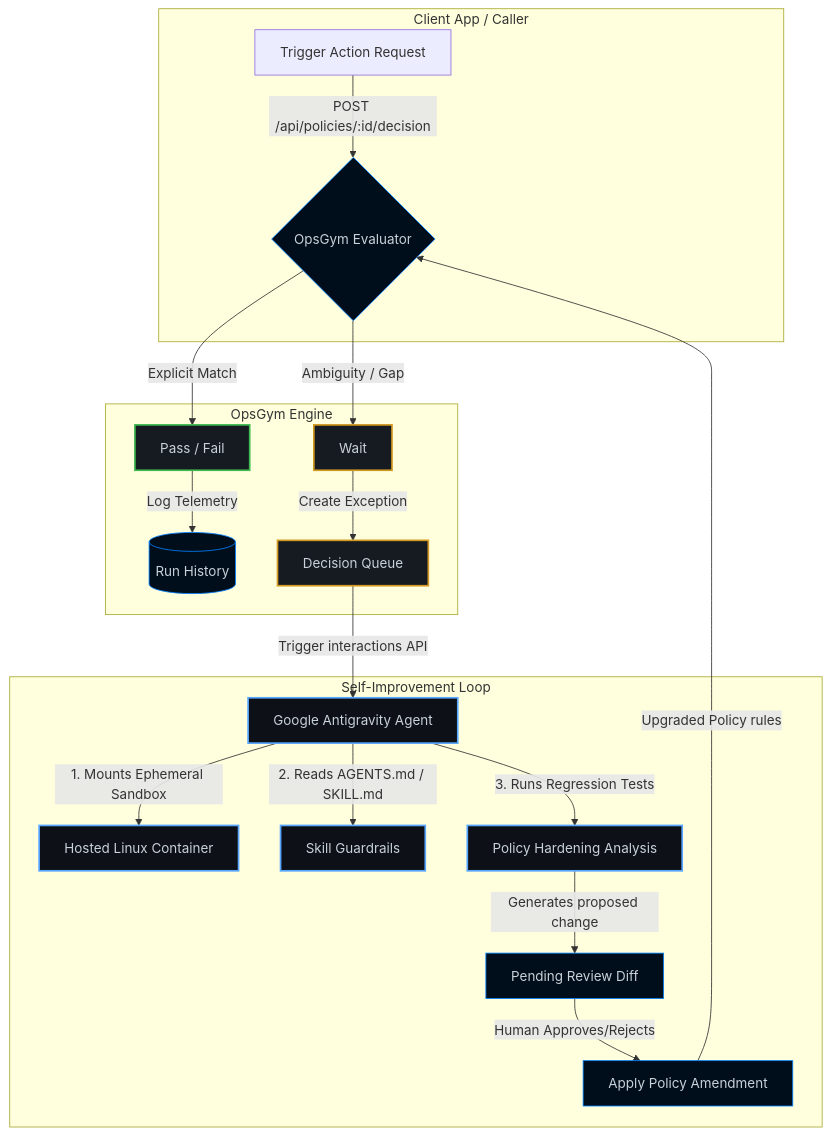
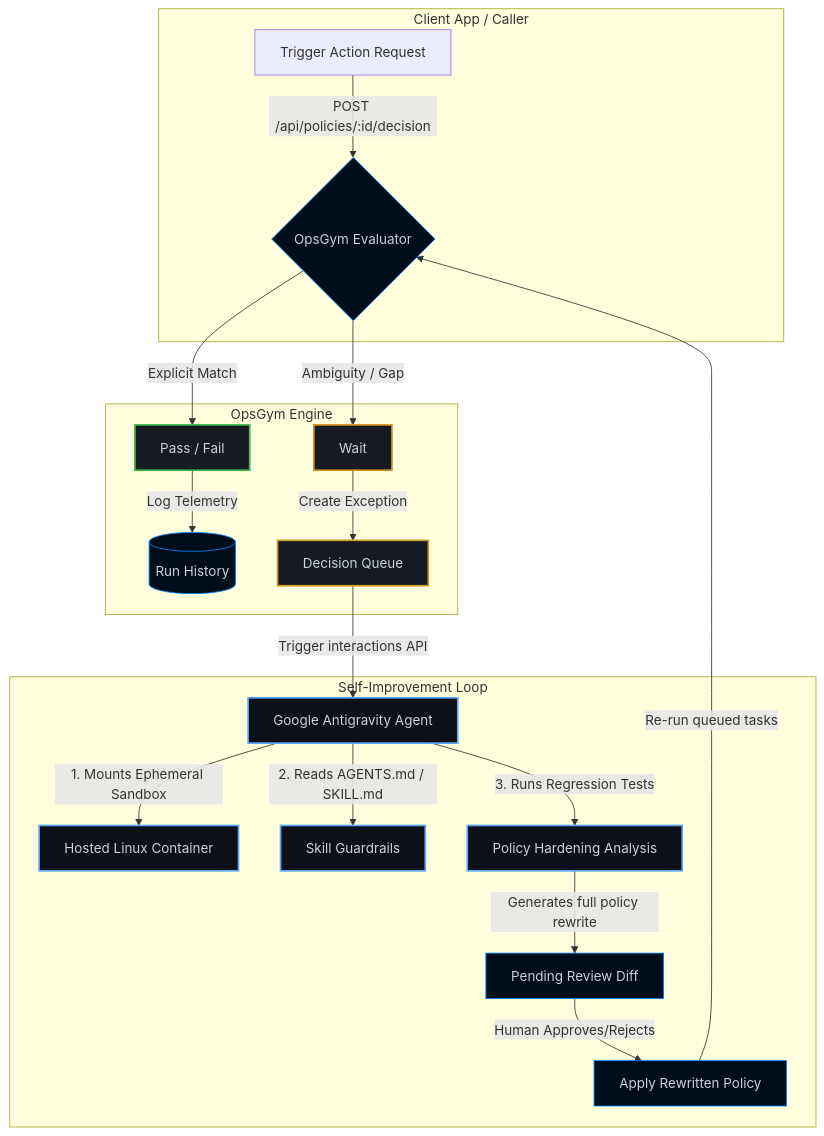
Before and after one commit to thedatadavis/opsgym: the diagram in README.md, drawn with Mermaid. The commit also changed other lines of this file and 3 other files, not shown here.

First line of the commit message:
Clarify approval applies full-policy rewrite

````diff
--- a/README.md
+++ b/README.md
@@ -28,34 +28,34 @@
 ```mermaid
 graph TD
     %% Define Styles
     classDef happy fill:#161b22,stroke:#3fb950,stroke-width:2px,color:#c9d1d9;
     classDef wait fill:#161b22,stroke:#d29922,stroke-width:2px,color:#c9d1d9;
     classDef agent fill:#0d1117,stroke:#58a6ff,stroke-width:2px,color:#c9d1d9;
     classDef do fill:#000d1a,stroke:#0080ff,stroke-width:1px,color:#c9d1d9;
 
     subgraph Client App / Caller
         A[Trigger Action Request] -->|POST /api/policies/:id/decision| B{OpsGym Evaluator}
     end
 
     subgraph OpsGym Engine
         B -->|Explicit Match| C[Pass / Fail]:::happy
         B -->|Ambiguity / Gap| D[Wait]:::wait
         
         C -->|Log Telemetry| E[(Run History)]
         D -->|Create Exception| F[Decision Queue]:::wait
     end
 
     subgraph Self-Improvement Loop
         F -->|Trigger interactions API| G[Google Antigravity Agent]:::agent
         G -->|1. Mounts Ephemeral Sandbox| H[Hosted Linux Container]:::agent
         G -->|2. Reads AGENTS.md / SKILL.md| I[Skill Guardrails]:::agent
         G -->|3. Runs Regression Tests| J[Policy Hardening Analysis]:::agent
         
-        J -->|Generates proposed change| K[Pending Review Diff]:::wait
-        K -->|Human Approves/Rejects| L[Apply Policy Amendment]:::happy
-        L -->|Upgraded Policy rules| B
+        J -->|Generates full policy rewrite| K[Pending Review Diff]:::wait
+        K -->|Human Approves/Rejects| L[Apply Rewritten Policy]:::happy
+        L -->|Re-run queued tasks| B
     end
 
     %% Apply styles
     class B,E,K,L do;
 ```
````
